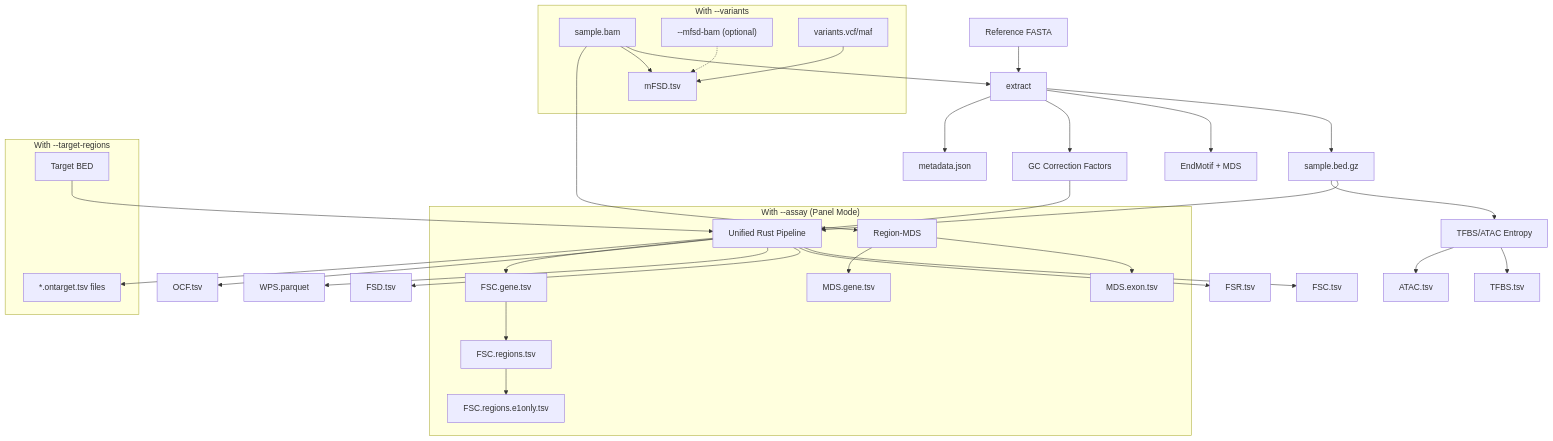
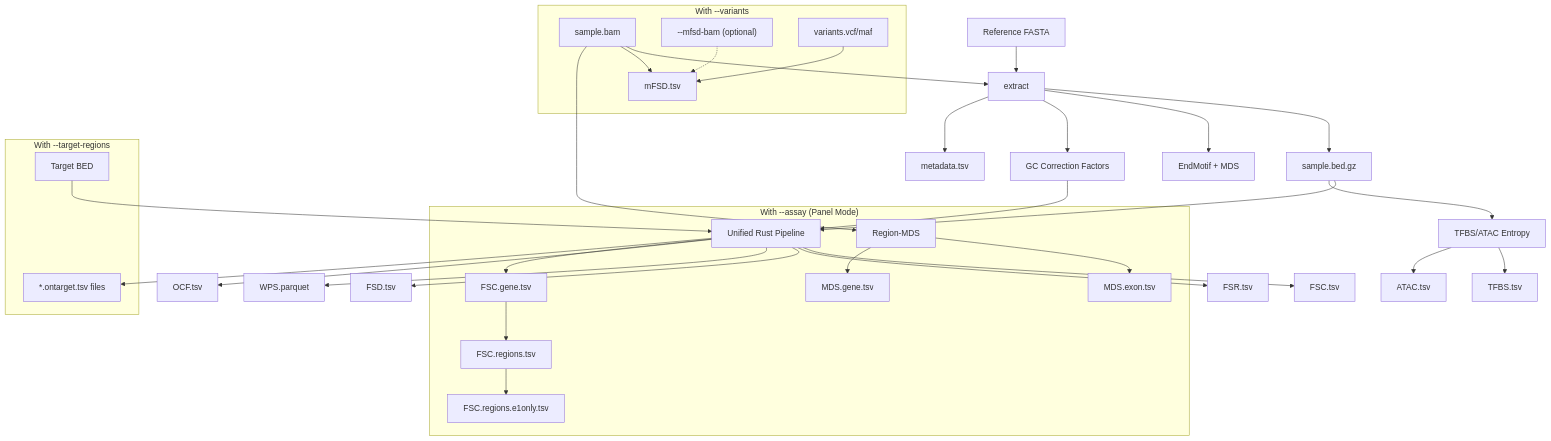
One commit to msk-access/krewlyzer changed the first of 2 diagrams in docs/cli/run-all.md. Above: the diagram before and after it, drawn with Mermaid. The commit also changed other lines of this file and 11 other files, not shown here.

````diff
--- a/docs/cli/run-all.md
+++ b/docs/cli/run-all.md
@@ -21,44 +21,44 @@
 ```mermaid
 flowchart TB
     BAM["sample.bam"] --> EXTRACT["extract"]
     REF["Reference FASTA"] --> EXTRACT
     
     EXTRACT --> BED["sample.bed.gz"]
     EXTRACT --> MOTIF["EndMotif + MDS"]
     EXTRACT --> GC["GC Correction Factors"]
     
     BED --> PIPELINE["Unified Rust Pipeline"]
     GC --> PIPELINE
     
     PIPELINE --> FSC["FSC.tsv"]
     PIPELINE --> FSR["FSR.tsv"]
     PIPELINE --> FSD["FSD.tsv"]
     PIPELINE --> WPS["WPS.parquet"]
     PIPELINE --> OCF["OCF.tsv"]
     
     BED --> ENTROPY["TFBS/ATAC Entropy"]
     ENTROPY --> TFBS["TFBS.tsv"]
     ENTROPY --> ATAC["ATAC.tsv"]
     
-    EXTRACT --> META["metadata.json"]
+    EXTRACT --> META["metadata.tsv"]
     
     subgraph "With --variants"
         BAM --> MFSD["mFSD.tsv"]
         MFSD_BAM["--mfsd-bam (optional)"] -.-> MFSD
         VCF["variants.vcf/maf"] --> MFSD
     end
     
     subgraph "With --assay (Panel Mode)"
         PIPELINE --> FSCG["FSC.gene.tsv"]
         FSCG --> FSCR["FSC.regions.tsv"]
         FSCR --> E1["FSC.regions.e1only.tsv"]
         BAM --> RMDS["Region-MDS"]
         RMDS --> MDSE["MDS.exon.tsv"]
         RMDS --> MDSG["MDS.gene.tsv"]
     end
     
     subgraph "With --target-regions"
         TARGETS["Target BED"] --> PIPELINE
         PIPELINE --> ON["*.ontarget.tsv files"]
     end
 ```
````
